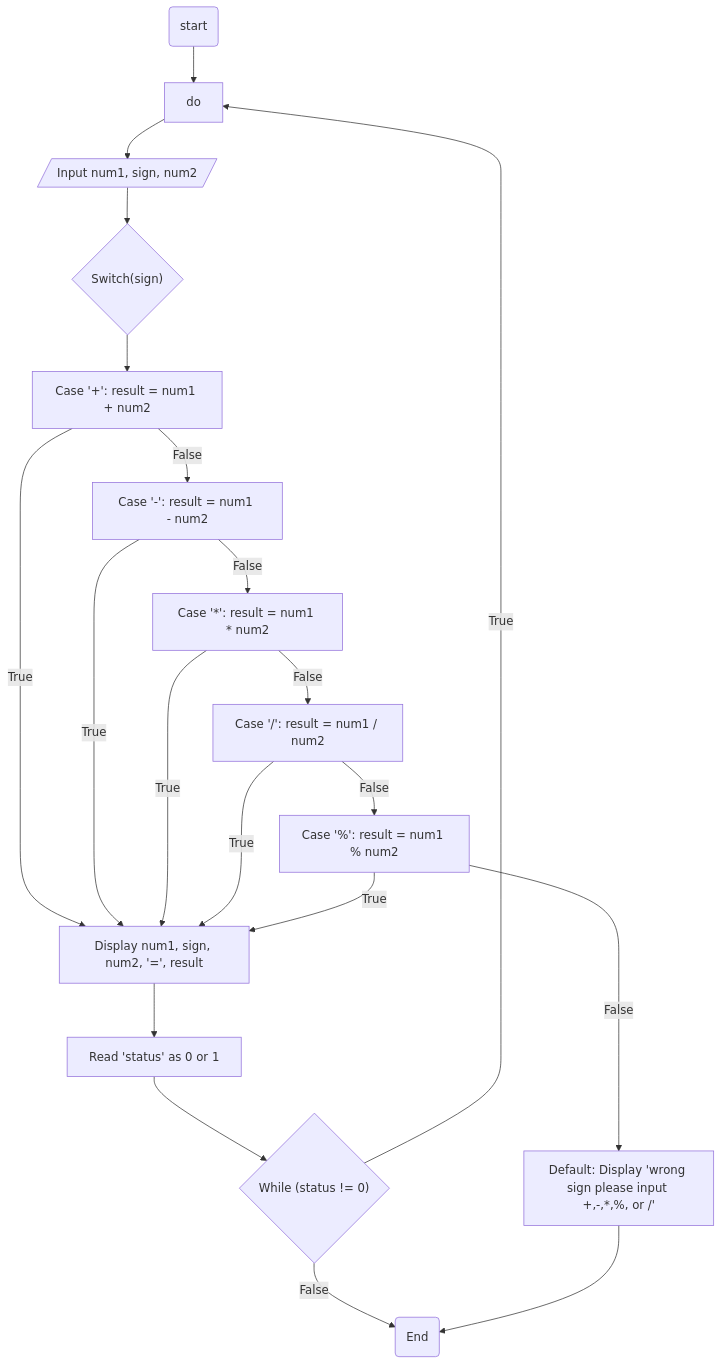
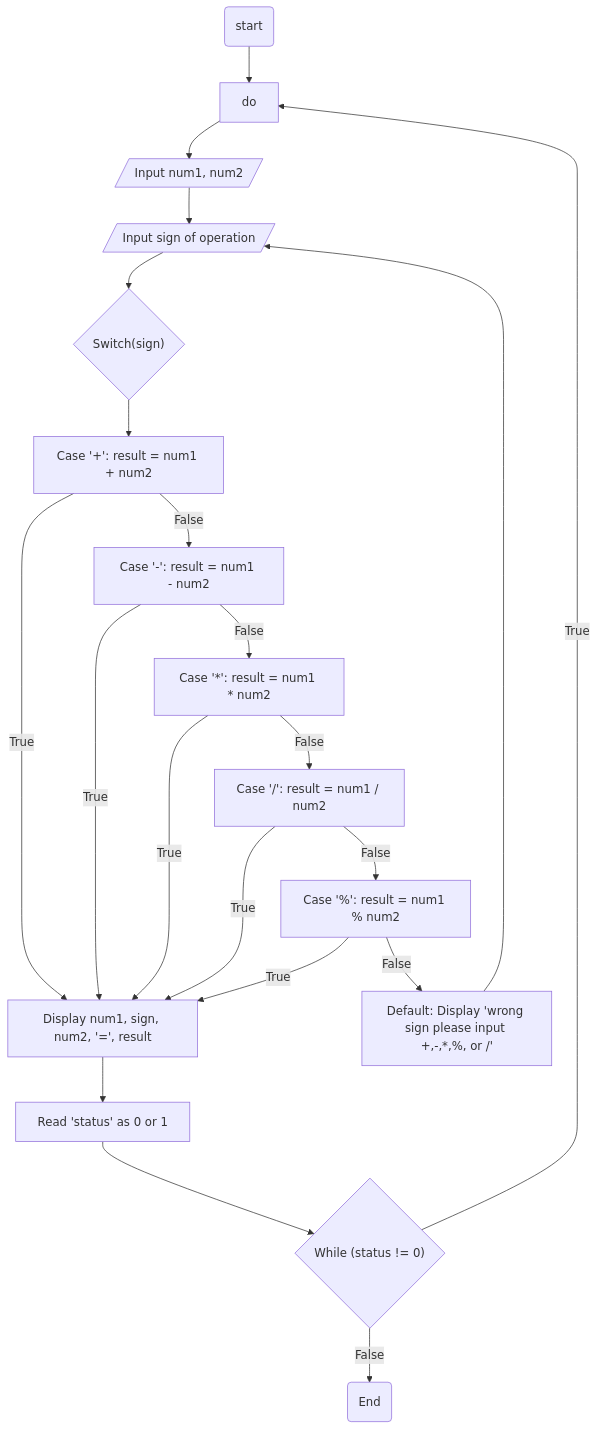
The diagram in ETS1094_15_Nikodimos_Hunegn/Activity1_3/Calculator.md (SWEG-2015EC-Batch/Felix), drawn with Mermaid before and after one commit.

````diff
--- a/ETS1094_15_Nikodimos_Hunegn/Activity1_3/Calculator.md
+++ b/ETS1094_15_Nikodimos_Hunegn/Activity1_3/Calculator.md
@@ -25,24 +25,25 @@
 ```mermaid
 
 graph TB
   start(start) --> do[do]
-  do --> InputOperation[/Input num1, sign, num2/]
-  InputOperation --> SwitchOperator{"Switch(sign)"}
+  do --> InputNumbers[/Input num1, num2/]
+  InputNumbers --> InputOperator[/Input sign of operation/]
+  InputOperator --> SwitchOperator{"Switch(sign)"}
   SwitchOperator --> PlusCase[Case '+': result = num1 + num2]
   PlusCase -- True --> DisplayResult[Display num1, sign, num2, '=', result]
   PlusCase -- False --> MinusCase[Case '-': result = num1 - num2]
   MinusCase -- True --> DisplayResult
   MinusCase -- False --> MultiplyCase[Case '*': result = num1 * num2]
   MultiplyCase -- True --> DisplayResult
   MultiplyCase -- False --> DivideCase[Case '/': result = num1 / num2]
   DivideCase -- True --> DisplayResult
   DivideCase -- False --> ModuloCase[Case '%': result = num1 % num2]
   ModuloCase -- True --> DisplayResult
   ModuloCase -- False --> DefaultCase["Default: Display 'wrong sign please input +,-,*,%, or /'"]
   DisplayResult --> status[Read 'status' as 0 or 1]
   status --> whileDo{"While (status != 0)"}
   whileDo -- True --> do
   whileDo -- False --> num(End)
-  DefaultCase --> num
+  DefaultCase --> InputOperator
 
 ```
````
